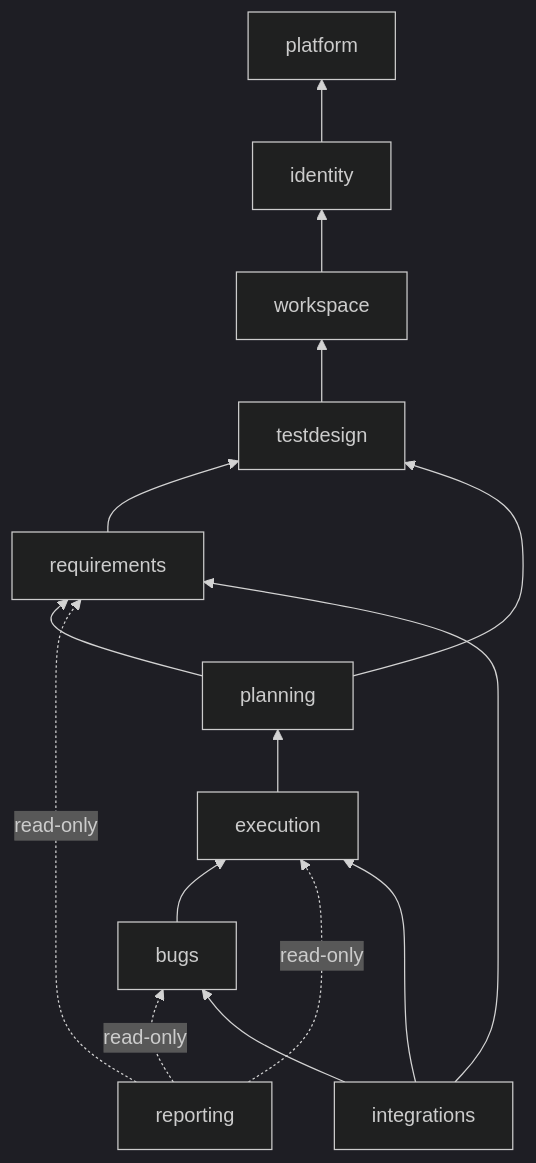
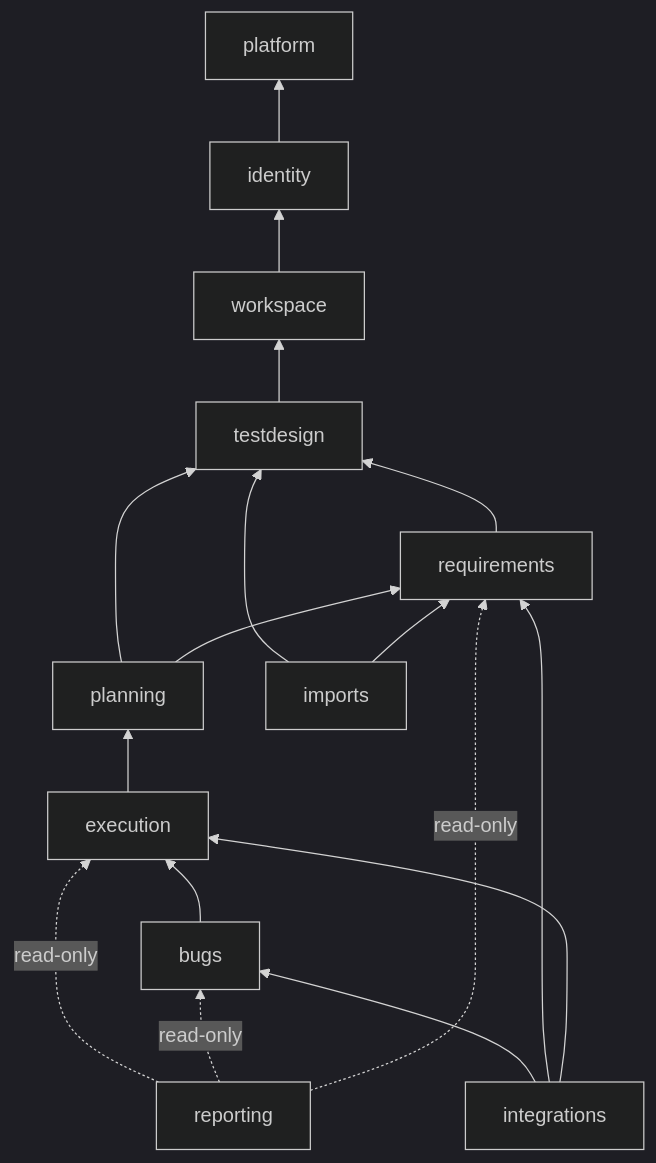
The third of 7 diagrams in docs/03-HLD.md (hamzababid/tcms), drawn with Mermaid (dark theme) before and after one commit. The commit also changed other lines of this file and 9 other files, not shown here.

````diff
--- a/docs/03-HLD.md
+++ b/docs/03-HLD.md
@@ -133,18 +134,20 @@
 ```mermaid
 flowchart BT
   platform
   identity --> platform
   workspace --> identity
   testdesign --> workspace
   requirements --> testdesign
   planning --> testdesign
   planning --> requirements
   execution --> planning
   bugs --> execution
   reporting -.read-only.-> execution
   reporting -.read-only.-> bugs
   reporting -.read-only.-> requirements
+  imports --> testdesign
+  imports --> requirements
   integrations --> bugs
   integrations --> requirements
   integrations --> execution
 ```
````
